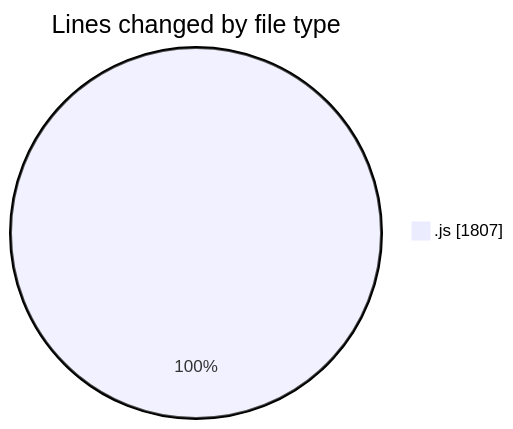
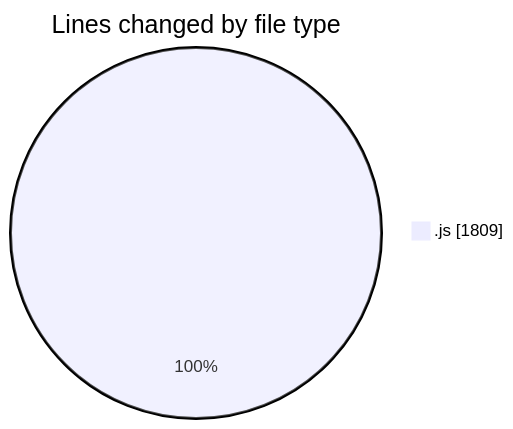
Before and after one commit to BS-eng2023/code-tracking: the first of 2 diagrams in 2025-04-03/jsvms/README.md, drawn with Mermaid. The commit also changed other lines of this file and 1 other file, not shown here.

````diff
--- a/2025-04-03/jsvms/README.md
+++ b/2025-04-03/jsvms/README.md
@@ -31,5 +31,5 @@
 ```mermaid
 pie showData
 title Lines changed by file type
-".js" : 1807
+".js" : 1809
 ```
````
